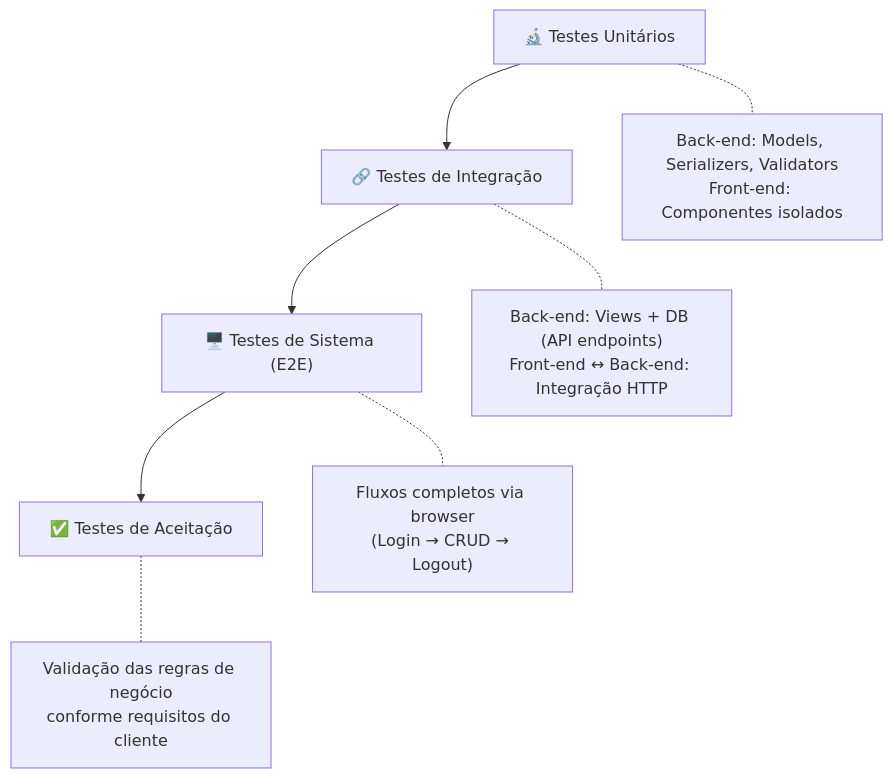
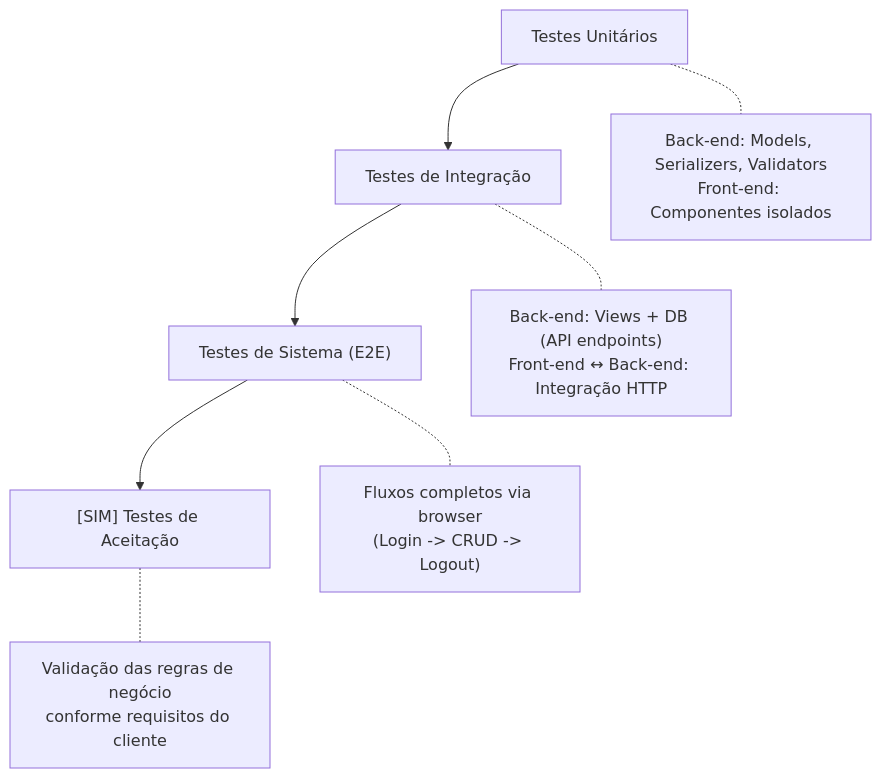
Before and after one commit to Texugo2006/cafeteria-teste: the second of 3 diagrams in docs/01-Analise-Requisitos-Riscos-e-Ambiente.md, drawn with Mermaid. The commit also changed other lines of this file and 5 other files, not shown here.

````diff
--- a/docs/01-Analise-Requisitos-Riscos-e-Ambiente.md
+++ b/docs/01-Analise-Requisitos-Riscos-e-Ambiente.md
@@ -140,11 +148,11 @@
 ```mermaid
 flowchart TD
-    A["🔬 Testes Unitários"] --> B["🔗 Testes de Integração"]
-    B --> C["🖥️ Testes de Sistema (E2E)"]
-    C --> D["✅ Testes de Aceitação"]
+    A[" Testes Unitários"] --> B[" Testes de Integração"]
+    B --> C[" Testes de Sistema (E2E)"]
+    C --> D["[SIM] Testes de Aceitação"]
     
     A -.- A1["Back-end: Models, Serializers, Validators\nFront-end: Componentes isolados"]
     B -.- B1["Back-end: Views + DB (API endpoints)\nFront-end ↔ Back-end: Integração HTTP"]
-    C -.- C1["Fluxos completos via browser\n(Login → CRUD → Logout)"]
+    C -.- C1["Fluxos completos via browser\n(Login -> CRUD -> Logout)"]
     D -.- D1["Validação das regras de negócio\nconforme requisitos do cliente"]
 ```
````
